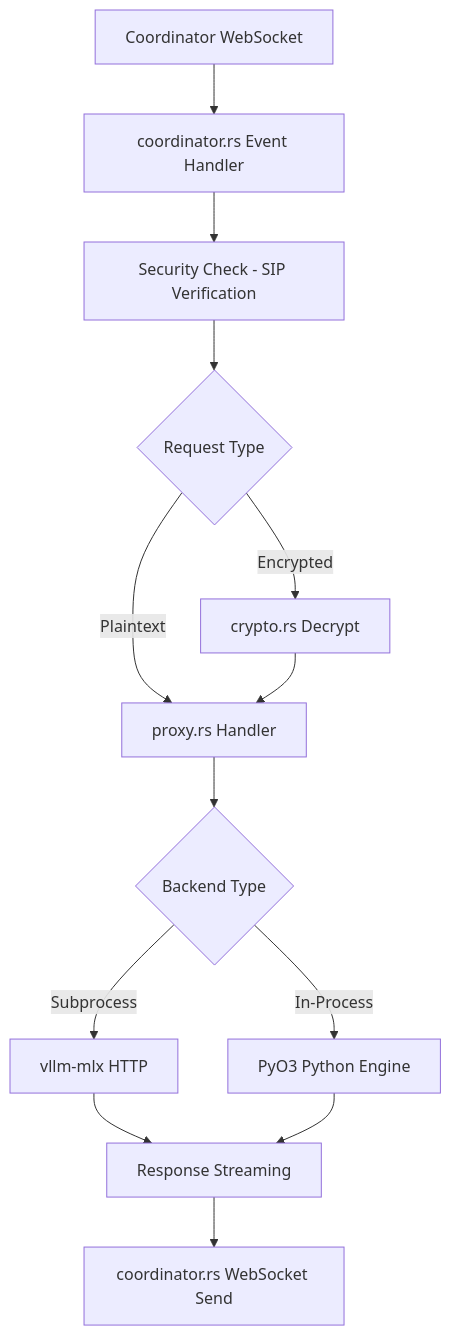
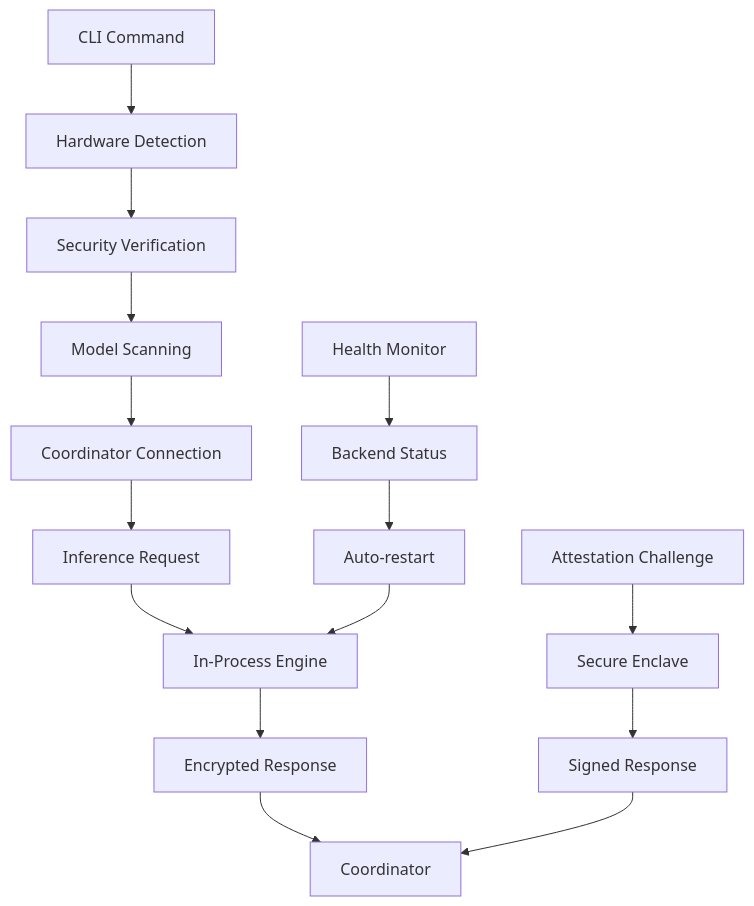
One commit to researchoors/knowledge-maintenance changed the diagram in artifacts/d-inference/service_analyses/darkbloom.md. Above: the diagram before and after it, drawn with Mermaid. The commit also changed other lines of this file and 23 other files, not shown here.

````diff
--- a/artifacts/d-inference/service_analyses/darkbloom.md
+++ b/artifacts/d-inference/service_analyses/darkbloom.md
@@ -92,15 +92,19 @@
 ```mermaid
-graph TD
-    A[Coordinator WebSocket] --> B[coordinator.rs Event Handler]
-    B --> C[Security Check - SIP Verification]
-    C --> D{Request Type}
-    D -->|Encrypted| E[crypto.rs Decrypt]
-    D -->|Plaintext| F[proxy.rs Handler]
-    E --> F
-    F --> G{Backend Type}
-    G -->|Subprocess| H[vllm-mlx HTTP]
-    G -->|In-Process| I[PyO3 Python Engine]
-    H --> J[Response Streaming]
-    I --> J
-    J --> K[coordinator.rs WebSocket Send]
+graph TB
+    A[CLI Command] --> B[Hardware Detection]
+    B --> C[Security Verification]
+    C --> D[Model Scanning]
+    D --> E[Coordinator Connection]
+    E --> F[Inference Request]
+    F --> G[In-Process Engine]
+    G --> H[Encrypted Response]
+    H --> I[Coordinator]
+    
+    J[Health Monitor] --> K[Backend Status]
+    K --> L[Auto-restart]
+    L --> G
+    
+    M[Attestation Challenge] --> N[Secure Enclave]
+    N --> O[Signed Response]
+    O --> I
 ```
````
